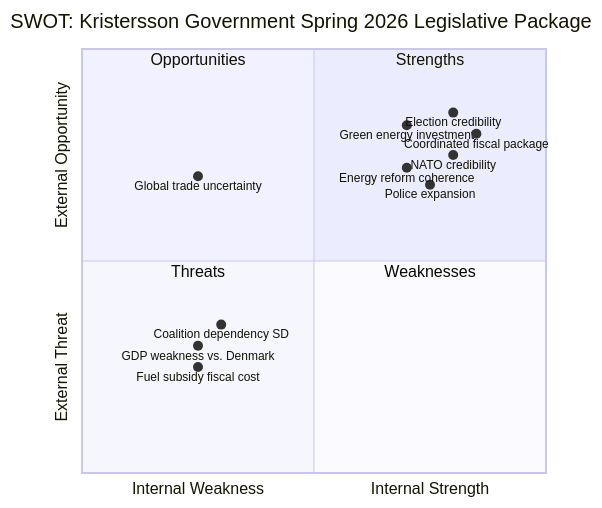
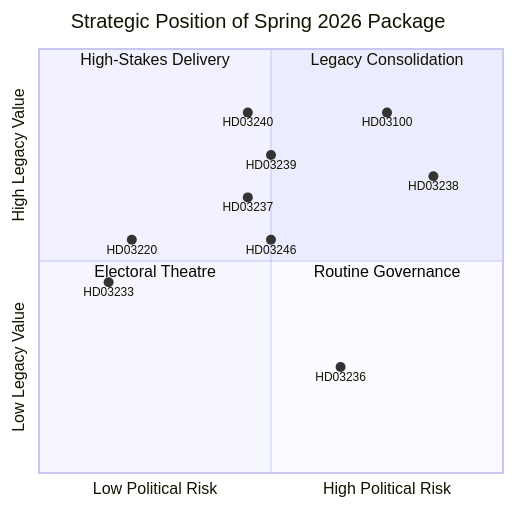
One commit to Hack23/riksdagsmonitor changed the diagram in analysis/daily/2026-04-20/propositions/swot-analysis.md. Above: the diagram before and after it, drawn with Mermaid. The commit also changed other lines of this file and 15 other files, not shown here.

````diff
--- a/analysis/daily/2026-04-20/propositions/swot-analysis.md
+++ b/analysis/daily/2026-04-20/propositions/swot-analysis.md
@@ -10,20 +207,19 @@
 ```mermaid
 quadrantChart
-    title SWOT: Kristersson Government Spring 2026 Legislative Package
-    x-axis "Internal Weakness" --> "Internal Strength"
-    y-axis "External Threat" --> "External Opportunity"
-    quadrant-1 Strengths
-    quadrant-2 Opportunities
-    quadrant-3 Threats
-    quadrant-4 Weaknesses
-    Coordinated fiscal package: [0.85, 0.80]
-    NATO credibility: [0.80, 0.75]
-    Energy reform coherence: [0.70, 0.72]
-    Police expansion: [0.75, 0.68]
-    GDP weakness vs. Denmark: [0.25, 0.30]
-    Coalition dependency SD: [0.30, 0.35]
-    Fuel subsidy fiscal cost: [0.25, 0.25]
-    Global trade uncertainty: [0.25, 0.70]
-    Election credibility: [0.80, 0.85]
-    Green energy investment: [0.70, 0.82]
+    title Strategic Position of Spring 2026 Package
+    x-axis Low Political Risk --> High Political Risk
+    y-axis Low Legacy Value --> High Legacy Value
+    quadrant-1 Legacy Consolidation
+    quadrant-2 High-Stakes Delivery
+    quadrant-3 Electoral Theatre
+    quadrant-4 Routine Governance
+    HD03100: [0.75, 0.85]
+    HD03236: [0.65, 0.25]
+    HD03237: [0.45, 0.65]
+    HD03238: [0.85, 0.70]
+    HD03239: [0.50, 0.75]
+    HD03240: [0.45, 0.85]
+    HD03220: [0.20, 0.55]
+    HD03233: [0.15, 0.45]
+    HD03246: [0.50, 0.55]
 ```
````
